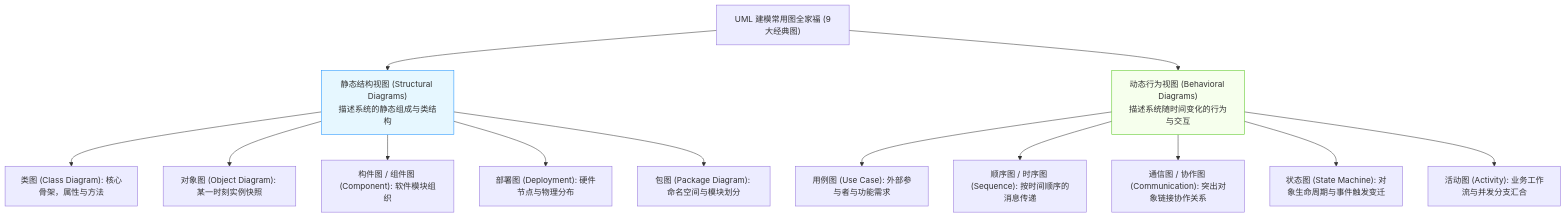
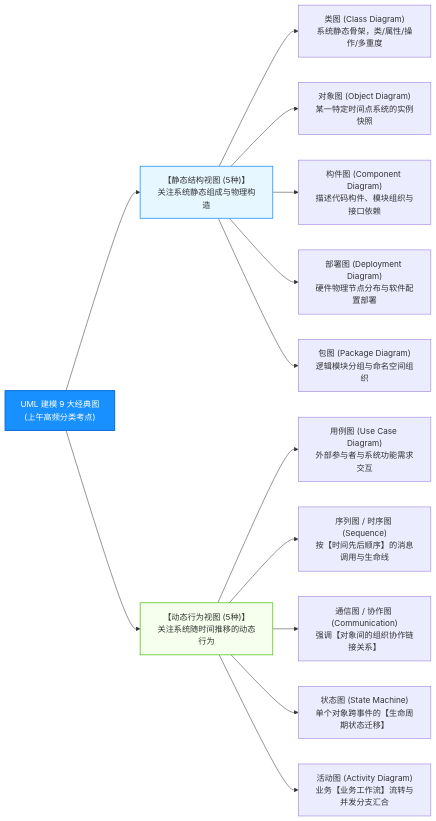
Before and after one commit to cpsa3/software-designer-fast-pass: the second of 3 diagrams in 14.面向对象技术速记指南.md, drawn with Mermaid. The commit also changed other lines of this file, not shown here.

Commit message:
fix(uml): 将UML9大图从超宽TD重构为LR分层脑图+速查表格，恢复极致可读性

````diff
--- a/14.面向对象技术速记指南.md
+++ b/14.面向对象技术速记指南.md
@@ -62,22 +63,23 @@
 ```mermaid
-flowchart TD
-    UML["UML 建模常用图全家福 (9大经典图)"]
+flowchart LR
+    UML["UML 建模 9 大经典图<br>(上午高频分类考点)"]
 
-    UML --> Static["静态结构视图 (Structural Diagrams)<br>描述系统的静态组成与类结构"]
-    UML --> Dynamic["动态行为视图 (Behavioral Diagrams)<br>描述系统随时间变化的行为与交互"]
+    UML --> Static["【静态结构视图 (5种)】<br>关注系统静态组成与物理构造"]
+    UML --> Dynamic["【动态行为视图 (5种)】<br>关注系统随时间推移的动态行为"]
 
-    Static --> S_Class["类图 (Class Diagram): 核心骨架，属性与方法"]
-    Static --> S_Object["对象图 (Object Diagram): 某一时刻实例快照"]
-    Static --> S_Component["构件图 / 组件图 (Component): 软件模块组织"]
-    Static --> S_Deploy["部署图 (Deployment): 硬件节点与物理分布"]
-    Static --> S_Package["包图 (Package Diagram): 命名空间与模块划分"]
+    Static --> S1["类图 (Class Diagram)<br>系统静态骨架，类/属性/操作/多重度"]
+    Static --> S2["对象图 (Object Diagram)<br>某一特定时间点系统的实例快照"]
+    Static --> S3["构件图 (Component Diagram)<br>描述代码构件、模块组织与接口依赖"]
+    Static --> S4["部署图 (Deployment Diagram)<br>硬件物理节点分布与软件配置部署"]
+    Static --> S5["包图 (Package Diagram)<br>逻辑模块分组与命名空间组织"]
 
-    Dynamic --> D_UseCase["用例图 (Use Case): 外部参与者与功能需求"]
-    Dynamic --> D_Sequence["顺序图 / 时序图 (Sequence): 按时间顺序的消息传递"]
-    Dynamic --> D_Comm["通信图 / 协作图 (Communication): 突出对象链接协作关系"]
-    Dynamic --> D_State["状态图 (State Machine): 对象生命周期与事件触发变迁"]
-    Dynamic --> D_Activity["活动图 (Activity): 业务工作流与并发分支汇合"]
+    Dynamic --> D1["用例图 (Use Case Diagram)<br>外部参与者与系统功能需求交互"]
+    Dynamic --> D2["序列图 / 时序图 (Sequence)<br>按【时间先后顺序】的消息调用与生命线"]
+    Dynamic --> D3["通信图 / 协作图 (Communication)<br>强调【对象间的组织协作链接关系】"]
+    Dynamic --> D4["状态图 (State Machine)<br>单个对象跨事件的【生命周期状态迁移】"]
+    Dynamic --> D5["活动图 (Activity Diagram)<br>业务【业务工作流】流转与并发分支汇合"]
 
-    style Static fill:#e6f7ff,stroke:#1890ff
-    style Dynamic fill:#f6ffed,stroke:#52c41a
+    style UML fill:#1890ff,stroke:#096dd9,stroke-width:2px,color:#fff
+    style Static fill:#e6f7ff,stroke:#1890ff,stroke-width:1.5px
+    style Dynamic fill:#f6ffed,stroke:#52c41a,stroke-width:1.5px
 ```
````
